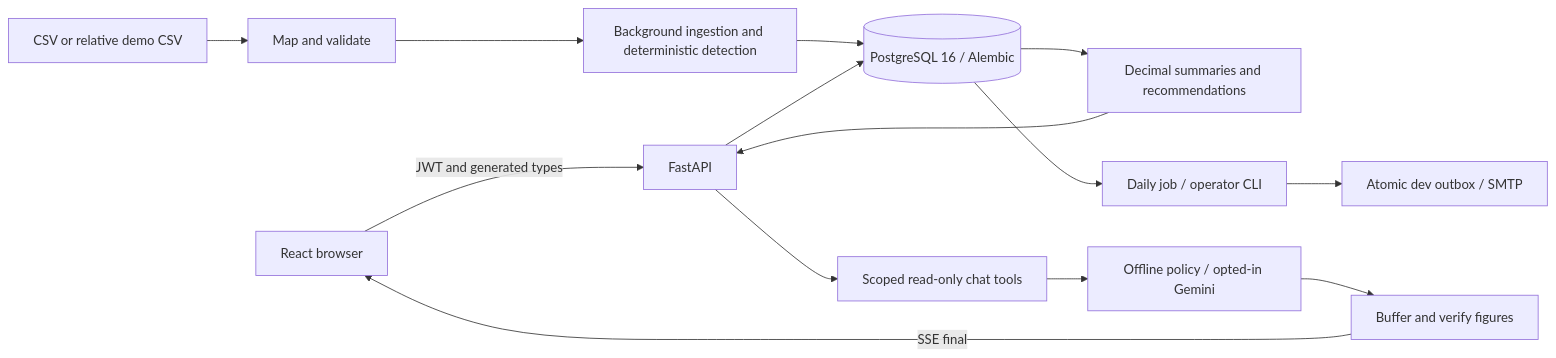
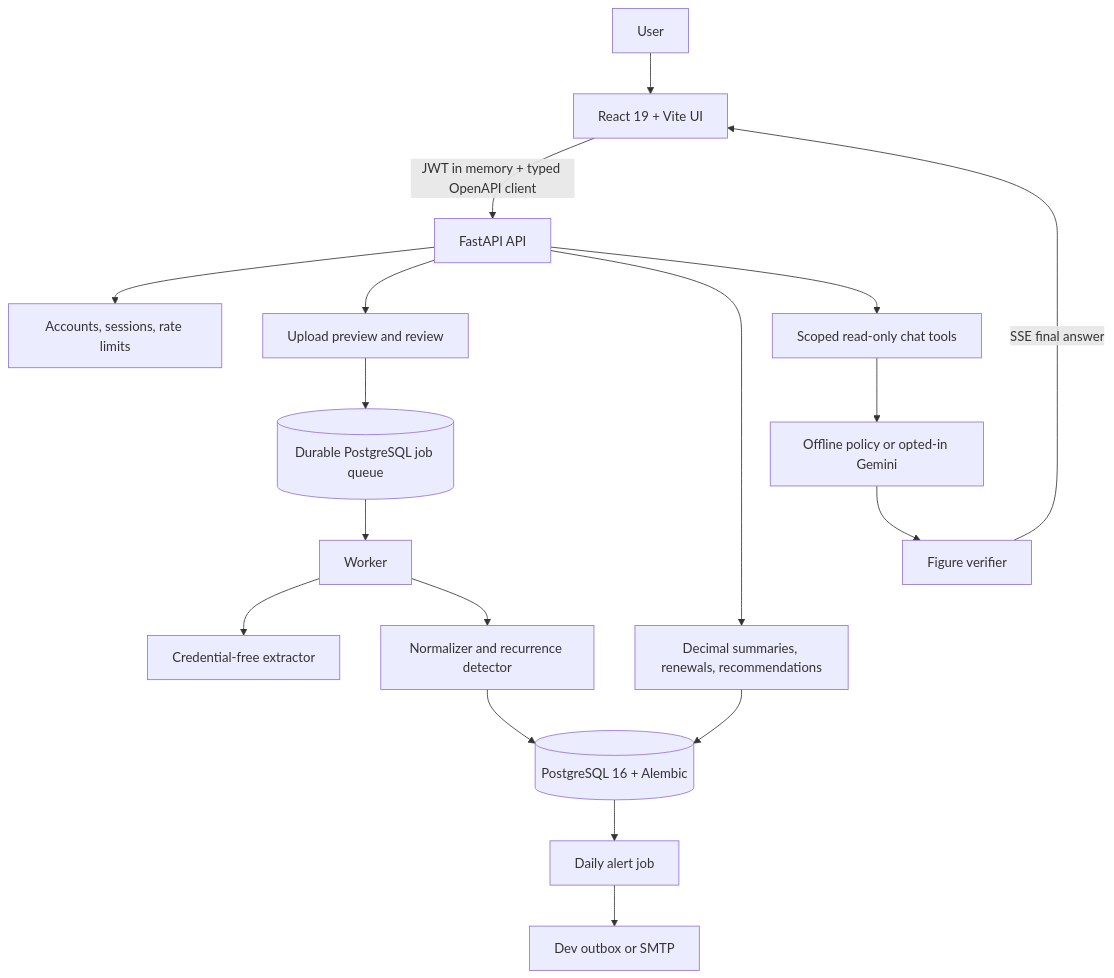
Before and after one commit to devendrarajsingh07/AI-Powered-Subscription-Recurring-Payment-Manager: the first of 3 diagrams in README.md, drawn with Mermaid. The commit also changed other lines of this file, not shown here.

````diff
--- a/README.md
+++ b/README.md
@@ -122,16 +83,20 @@
 ```mermaid
-flowchart LR
-  Browser[React browser] -->|JWT and generated types| API[FastAPI]
-  CSV[CSV or relative demo CSV] --> Preview[Map and validate]
-  Preview --> Worker[Background ingestion and deterministic detection]
-  Worker --> DB[(PostgreSQL 16 / Alembic)]
-  API --> DB
-  DB --> Math[Decimal summaries and recommendations]
-  Math --> API
-  DB --> Job[Daily job / operator CLI]
-  Job --> Mail[Atomic dev outbox / SMTP]
-  API --> Tools[Scoped read-only chat tools]
-  Tools --> Model[Offline policy / opted-in Gemini]
-  Model --> Verify[Buffer and verify figures]
-  Verify -->|SSE final| Browser
+flowchart TB
+    U[User] --> UI[React 19 + Vite UI]
+    UI -->|JWT in memory + typed OpenAPI client| API[FastAPI API]
+    API --> AUTH[Accounts, sessions, rate limits]
+    API --> ING[Upload preview and review]
+    ING --> Q[(Durable PostgreSQL job queue)]
+    Q --> W[Worker]
+    W --> X[Credential-free extractor]
+    W --> DET[Normalizer and recurrence detector]
+    DET --> DB[(PostgreSQL 16 + Alembic)]
+    API --> CALC[Decimal summaries, renewals, recommendations]
+    CALC --> DB
+    API --> CHAT[Scoped read-only chat tools]
+    CHAT --> LLM[Offline policy or opted-in Gemini]
+    LLM --> VER[Figure verifier]
+    VER -->|SSE final answer| UI
+    DB --> JOB[Daily alert job]
+    JOB --> MAIL[Dev outbox or SMTP]
 ```
````
